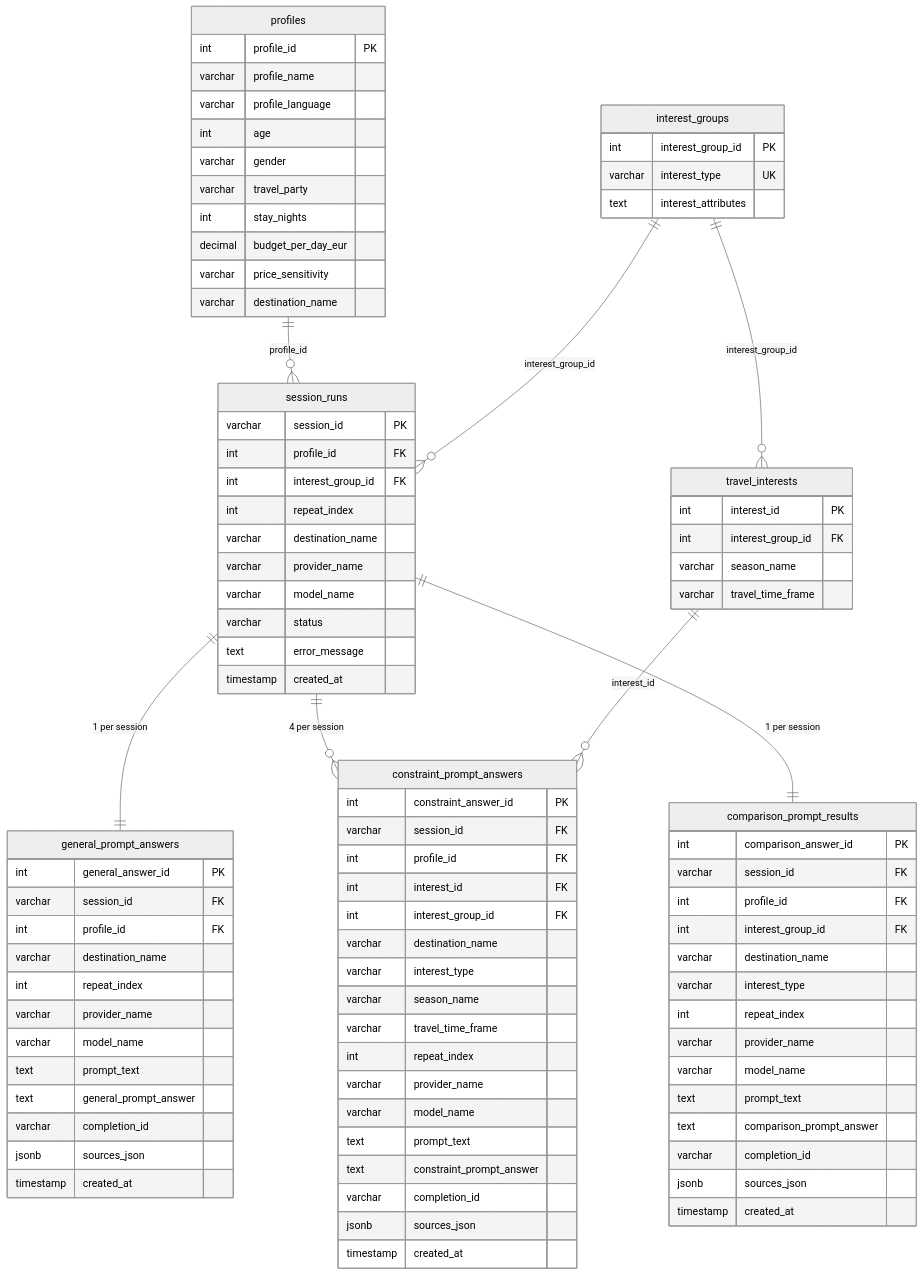
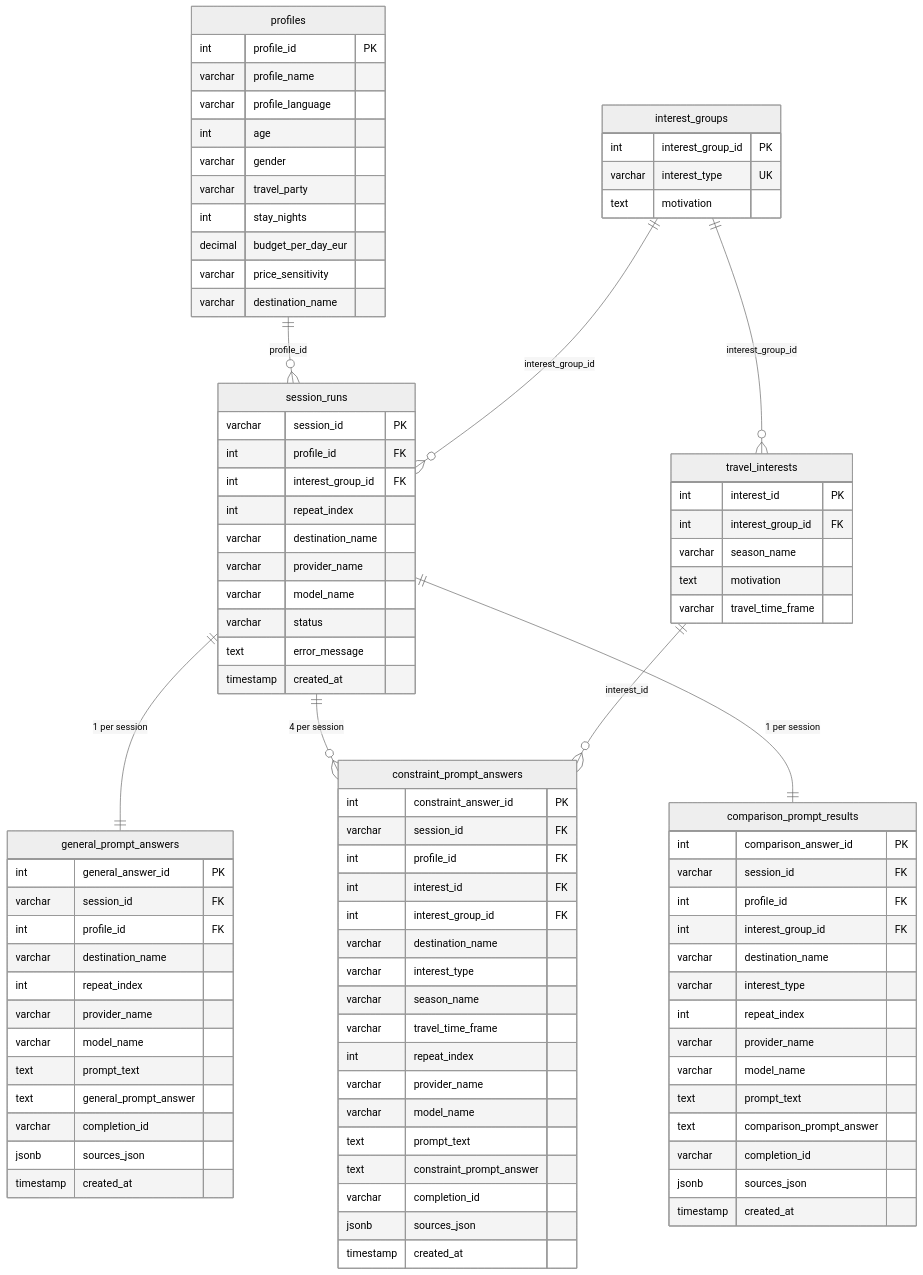
Before and after one commit to Europeanbeat/Digitalis_AI_Index: the fourth of 5 diagrams in ARCHITECTURE.md, drawn with Mermaid (neutral theme). The commit also changed 16 other files, not shown here.

```diff
--- a/ARCHITECTURE.md
+++ b/ARCHITECTURE.md
@@ -183,13 +183,14 @@
     interest_groups {
         int interest_group_id PK
         varchar interest_type UK
-        text interest_attributes
+        text motivation
     }
 
     travel_interests {
         int interest_id PK
         int interest_group_id FK
         varchar season_name
+        text motivation
         varchar travel_time_frame
     }
 
```
